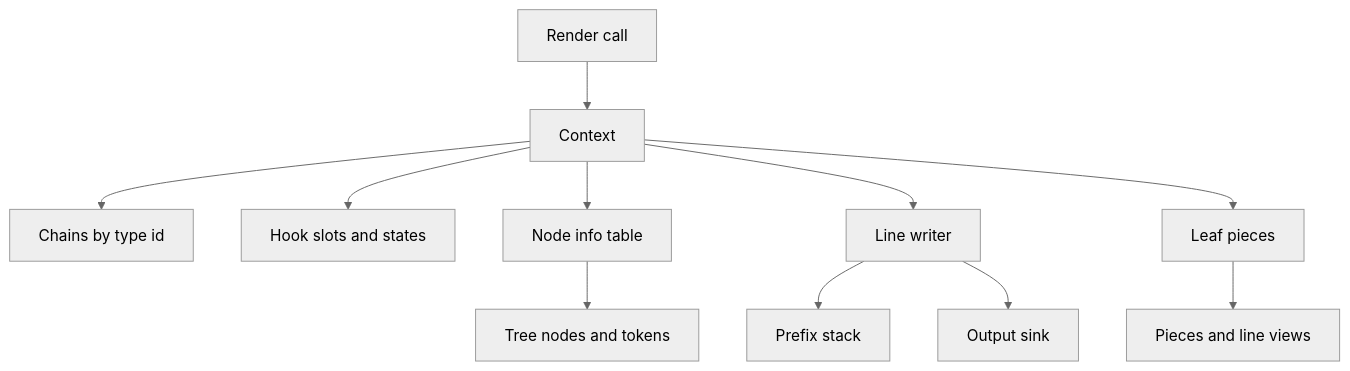
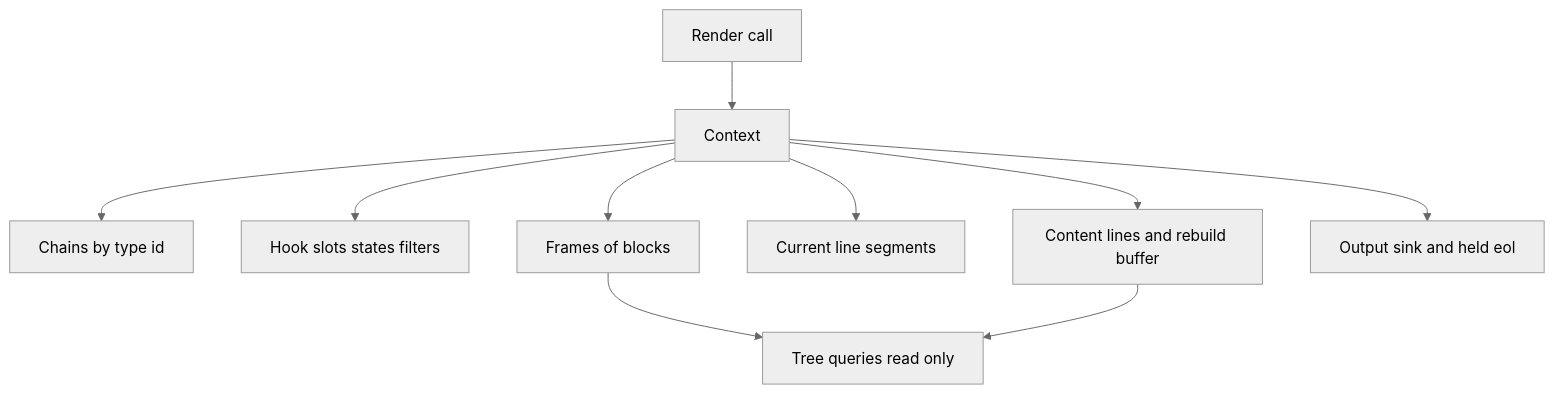
One commit to ktdevx/amark-private2 changed the sixth of 6 diagrams in .kiro/specs/markdown-renderer/design.md. Above: the diagram before and after it, drawn with Mermaid (neutral theme). The commit also changed other lines of this file and 4 other files, not shown here.

````diff
--- a/.kiro/specs/markdown-renderer/design.md
+++ b/.kiro/specs/markdown-renderer/design.md
@@ -850,13 +951,12 @@
 ```mermaid
 graph TB
     Call[Render call] --> Ctx[Context]
     Ctx --> Chains[Chains by type id]
-    Ctx --> Hooks[Hook slots and states]
-    Ctx --> Info[Node info table]
-    Ctx --> Lines[Line writer]
-    Ctx --> Leaf[Leaf pieces]
-    Lines --> Prefixes[Prefix stack]
-    Lines --> Sink[Output sink]
-    Leaf --> Pieces[Pieces and line views]
-    Info --> Tree[Tree nodes and tokens]
+    Ctx --> Hooks[Hook slots states filters]
+    Ctx --> Frames[Frames of blocks]
+    Ctx --> Line[Current line segments]
+    Ctx --> ContentBuf[Content lines and rebuild buffer]
+    Ctx --> Sink[Output sink and held eol]
+    Frames --> Tree[Tree queries read only]
+    ContentBuf --> Tree
 ```
````
